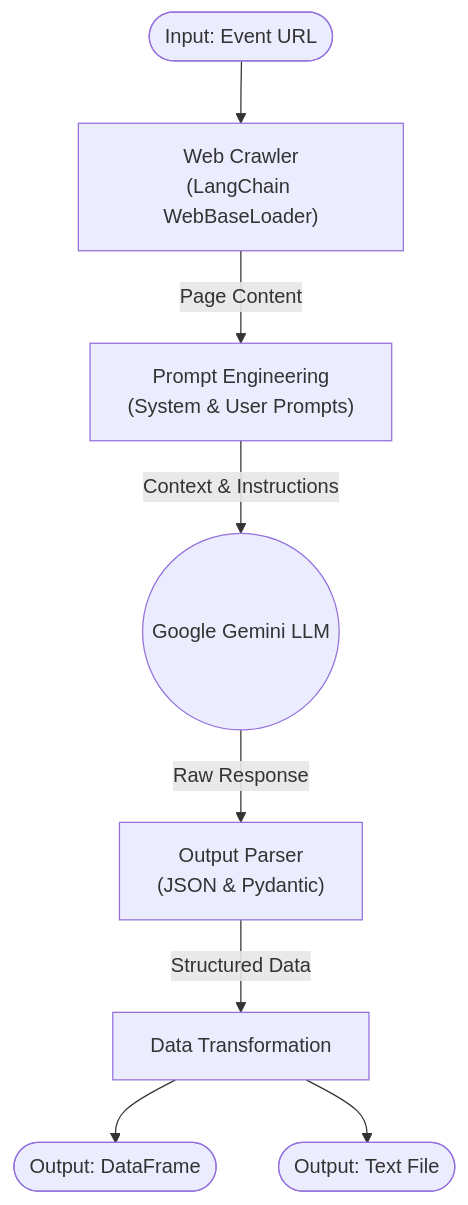
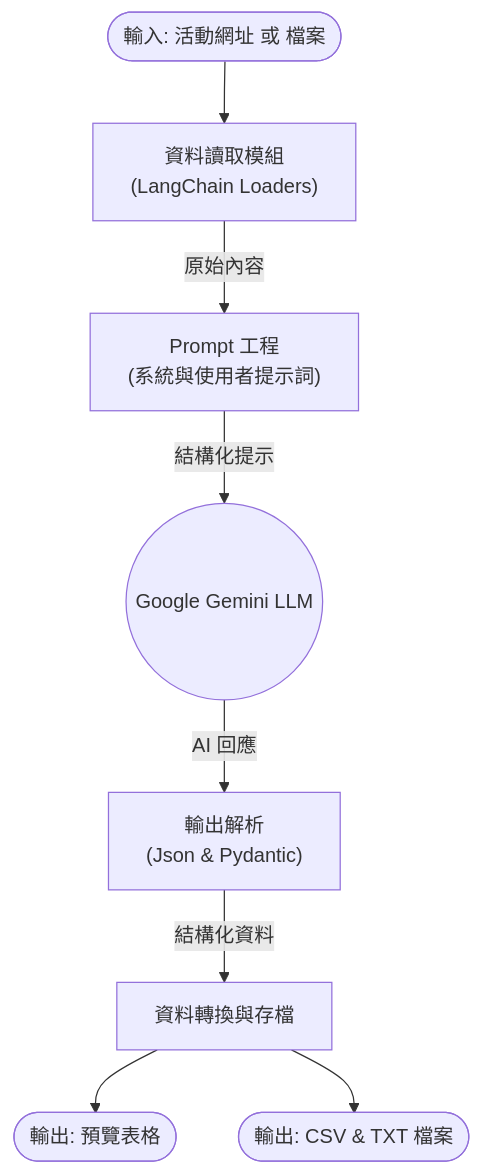
The diagram in README.md (refinism-B/Agenda-Speech-Generator), drawn with Mermaid before and after one commit. The commit also changed other lines of this file, not shown here.

````diff
--- a/README.md
+++ b/README.md
@@ -45,21 +54,21 @@
 ```mermaid
 flowchart TD
     %% Nodes
-    Input(["Input: Event URL"])
-    WebLoader["Web Crawler<br/>(LangChain WebBaseLoader)"]
-    PromptEngine["Prompt Engineering<br/>(System & User Prompts)"]
+    Input(["輸入: 活動網址 或 檔案"])
+    Loader["資料讀取模組<br/>(LangChain Loaders)"]
+    PromptEngine["Prompt 工程<br/>(系統與使用者提示詞)"]
     LLM(("Google Gemini LLM"))
-    Parser["Output Parser<br/>(JSON & Pydantic)"]
-    DataProcess["Data Transformation"]
-    OutputDF(["Output: DataFrame"])
-    OutputTxt(["Output: Text File"])
+    Parser["輸出解析<br/>(Json & Pydantic)"]
+    DataProcess["資料轉換與存檔"]
+    OutputDF(["輸出: 預覽表格"])
+    OutputFiles(["輸出: CSV & TXT 檔案"])
 
     %% Edge
-    Input --> WebLoader
-    WebLoader -->|Page Content| PromptEngine
-    PromptEngine -->|Context & Instructions| LLM
-    LLM -->|Raw Response| Parser
-    Parser -->|Structured Data| DataProcess
+    Input --> Loader
+    Loader -->|原始內容| PromptEngine
+    PromptEngine -->|結構化提示| LLM
+    LLM -->|AI 回應| Parser
+    Parser -->|結構化資料| DataProcess
     DataProcess --> OutputDF
-    DataProcess --> OutputTxt
+    DataProcess --> OutputFiles
 ```
````
